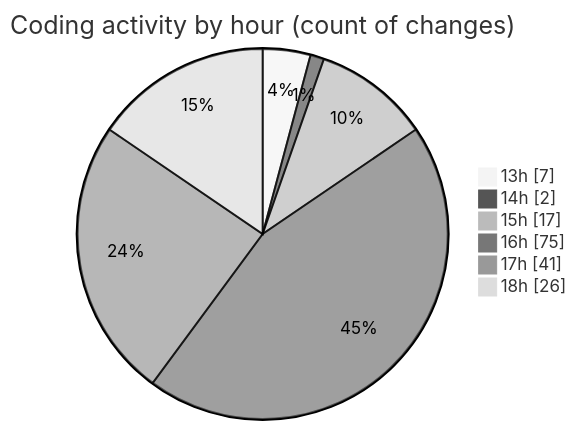
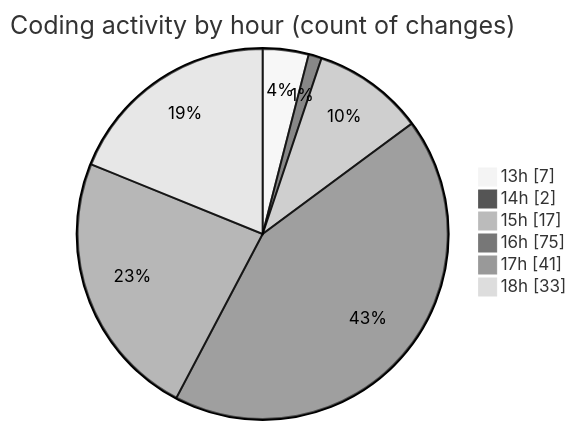
One commit to charlie-sans/code-tracking changed the second of 2 diagrams in 2025-02-24/micros/README.md. Above: the diagram before and after it, drawn with Mermaid (neutral theme). The commit also changed other lines of this file and 1 other file, not shown here.

````diff
--- a/2025-02-24/micros/README.md
+++ b/2025-02-24/micros/README.md
@@ -50,10 +50,10 @@
 ```mermaid
 pie showData
 title Coding activity by hour (count of changes)
 "13h" : 7
 "14h" : 2
 "15h" : 17
 "16h" : 75
 "17h" : 41
-"18h" : 26
+"18h" : 33
 ```
````
